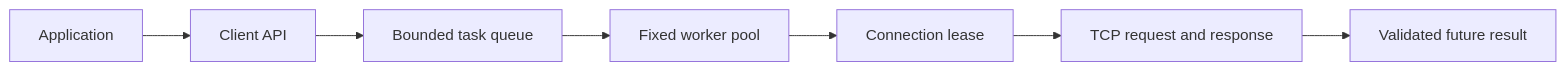
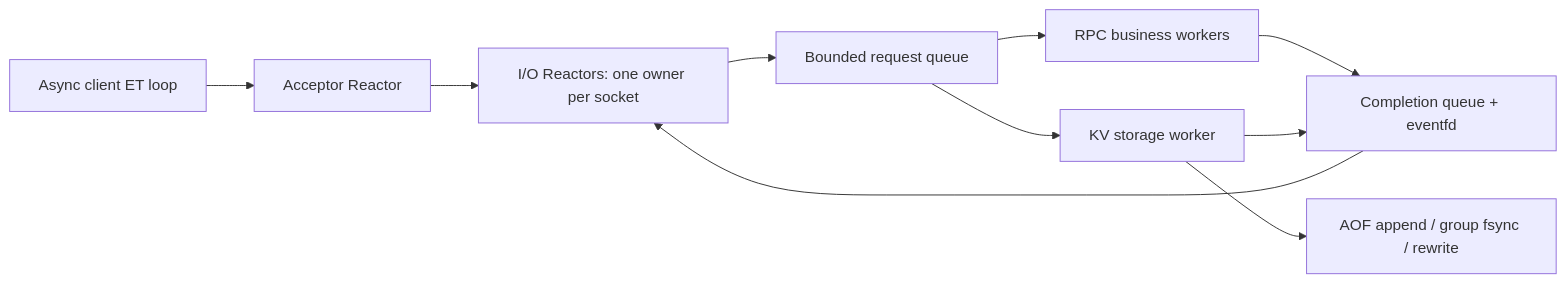
The diagram in docs/ARCHITECTURE.md (Incipe-win/KVRPC), drawn with Mermaid before and after one commit. The commit also changed other lines of this file and 58 other files, not shown here.

Commit message:
Implement epoll ET reactors and asynchronous Protobuf RPC

````diff
--- a/docs/ARCHITECTURE.md
+++ b/docs/ARCHITECTURE.md
@@ -5,9 +3,12 @@
 ```mermaid
 flowchart LR
-    A[Application] --> B[Client API]
-    B --> C[Bounded task queue]
-    C --> D[Fixed worker pool]
-    D --> E[Connection lease]
-    E --> F[TCP request and response]
-    F --> G[Validated future result]
+    C[Async client ET loop] --> A[Acceptor Reactor]
+    A --> I[I/O Reactors: one owner per socket]
+    I --> Q[Bounded request queue]
+    Q --> R[RPC business workers]
+    Q --> K[KV storage worker]
+    K --> L[AOF append / group fsync / rewrite]
+    R --> N[Completion queue + eventfd]
+    K --> N
+    N --> I
 ```
````
